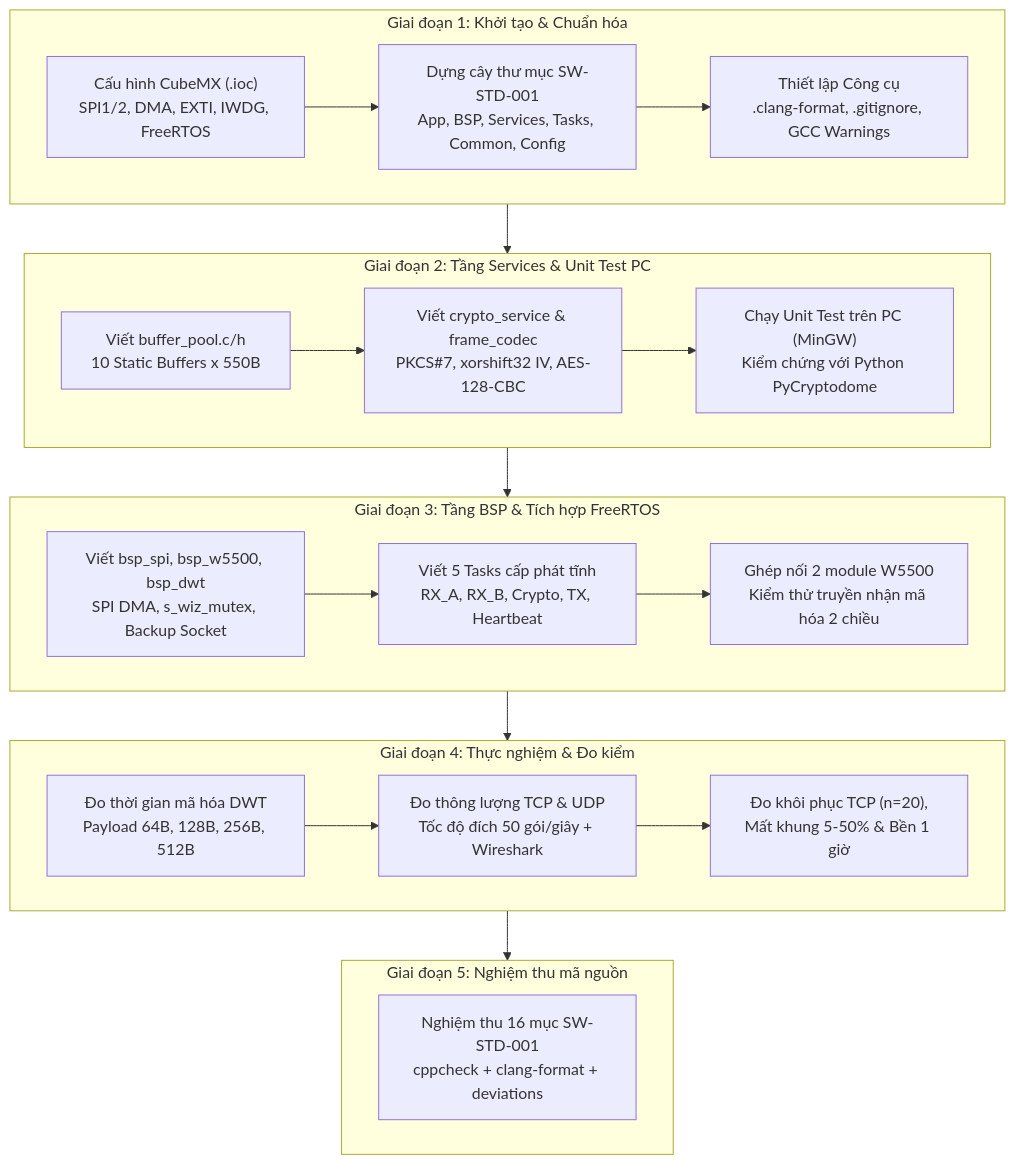
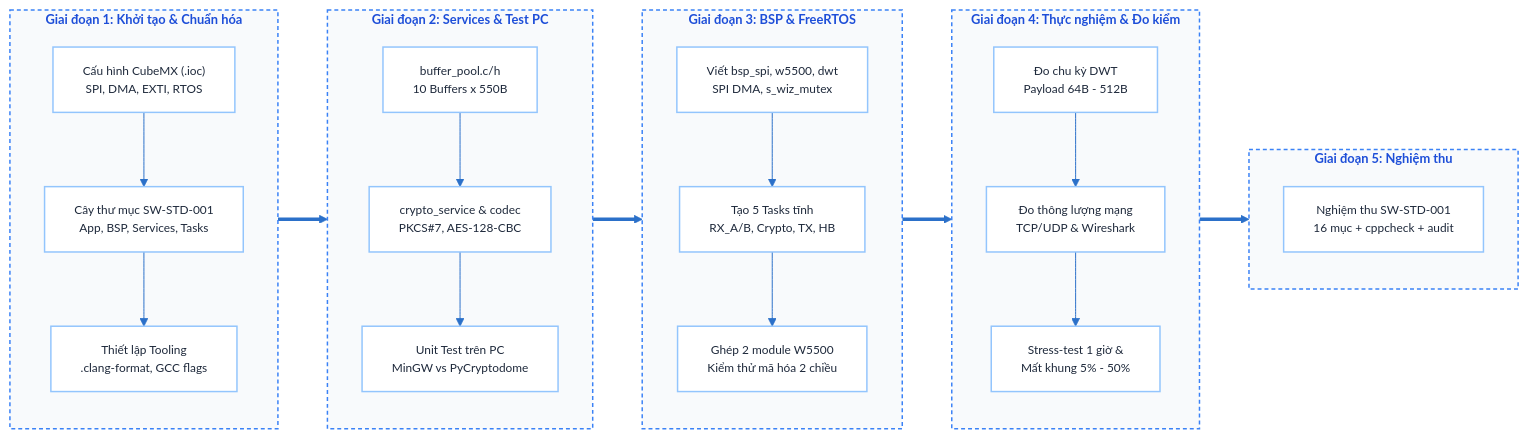
Before and after one commit to Draconic211/Secure_Gateway_AES128_STM32: the first of 2 diagrams in README.md, drawn with Mermaid. The commit also changed other lines of this file, not shown here.

````diff
--- a/README.md
+++ b/README.md
@@ -3,28 +3,35 @@
 ```mermaid
-flowchart TD
+%%{init: {'theme': 'base', 'themeVariables': { 'primaryColor': '#EBF3FC', 'primaryBorderColor': '#2B70C9', 'primaryTextColor': '#1F2937', 'lineColor': '#2B70C9', 'secondaryColor': '#F3F4F6', 'tertiaryColor': '#FFFFFF'}}}%%
+flowchart LR
+    classDef stepNode fill:#FFFFFF,stroke:#93C5FD,stroke-width:1.5px,color:#1E293B,font-size:12px;
+    classDef stageGroup fill:#F8FAFC,stroke:#3B82F6,stroke-width:1.5px,stroke-dasharray: 4 3,color:#1D4ED8,font-weight:bold,font-size:13px;
+
     subgraph G1["Giai đoạn 1: Khởi tạo & Chuẩn hóa"]
-        A1["Cấu hình CubeMX (.ioc)<br/>SPI1/2, DMA, EXTI, IWDG, FreeRTOS"] --> A2["Dựng cây thư mục SW-STD-001<br/>App, BSP, Services, Tasks, Common, Config"]
-        A2 --> A3["Thiết lập Công cụ<br/>.clang-format, .gitignore, GCC Warnings"]
+        A1["Cấu hình CubeMX (.ioc)<br/>SPI, DMA, EXTI, RTOS"] --> A2["Cây thư mục SW-STD-001<br/>App, BSP, Services, Tasks"]
+        A2 --> A3["Thiết lập Tooling<br/>.clang-format, GCC flags"]
     end
 
-    subgraph G2["Giai đoạn 2: Tầng Services & Unit Test PC"]
-        B1["Viết buffer_pool.c/h<br/>10 Static Buffers x 550B"] --> B2["Viết crypto_service & frame_codec<br/>PKCS#7, xorshift32 IV, AES-128-CBC"]
-        B2 --> B3["Chạy Unit Test trên PC (MinGW)<br/>Kiểm chứng với Python PyCryptodome"]
+    subgraph G2["Giai đoạn 2: Services & Test PC"]
+        B1["buffer_pool.c/h<br/>10 Buffers x 550B"] --> B2["crypto_service & codec<br/>PKCS#7, AES-128-CBC"]
+        B2 --> B3["Unit Test trên PC<br/>MinGW vs PyCryptodome"]
     end
 
-    subgraph G3["Giai đoạn 3: Tầng BSP & Tích hợp FreeRTOS"]
-        C1["Viết bsp_spi, bsp_w5500, bsp_dwt<br/>SPI DMA, s_wiz_mutex, Backup Socket"] --> C2["Viết 5 Tasks cấp phát tĩnh<br/>RX_A, RX_B, Crypto, TX, Heartbeat"]
-        C2 --> C3["Ghép nối 2 module W5500<br/>Kiểm thử truyền nhận mã hóa 2 chiều"]
+    subgraph G3["Giai đoạn 3: BSP & FreeRTOS"]
+        C1["Viết bsp_spi, w5500, dwt<br/>SPI DMA, s_wiz_mutex"] --> C2["Tạo 5 Tasks tĩnh<br/>RX_A/B, Crypto, TX, HB"]
+        C2 --> C3["Ghép 2 module W5500<br/>Kiểm thử mã hóa 2 chiều"]
     end
 
     subgraph G4["Giai đoạn 4: Thực nghiệm & Đo kiểm"]
-        D1["Đo thời gian mã hóa DWT<br/>Payload 64B, 128B, 256B, 512B"] --> D2["Đo thông lượng TCP & UDP<br/>Tốc độ đích 50 gói/giây + Wireshark"]
-        D2 --> D3["Đo khôi phục TCP (n=20),<br/>Mất khung 5-50% & Bền 1 giờ"]
+        D1["Đo chu kỳ DWT<br/>Payload 64B - 512B"] --> D2["Đo thông lượng mạng<br/>TCP/UDP & Wireshark"]
+        D2 --> D3["Stress-test 1 giờ &<br/>Mất khung 5% - 50%"]
     end
 
-    subgraph G5["Giai đoạn 5: Nghiệm thu mã nguồn"]
-        E1["Nghiệm thu 16 mục SW-STD-001<br/>cppcheck + clang-format + deviations"]
+    subgraph G5["Giai đoạn 5: Nghiệm thu"]
+        E1["Nghiệm thu SW-STD-001<br/>16 mục + cppcheck + audit"]
     end
 
-    G1 --> G2 --> G3 --> G4 --> G5
+    G1 ==> G2 ==> G3 ==> G4 ==> G5
+
+    class A1,A2,A3,B1,B2,B3,C1,C2,C3,D1,D2,D3,E1 stepNode;
+    class G1,G2,G3,G4,G5 stageGroup;
 ```
````
